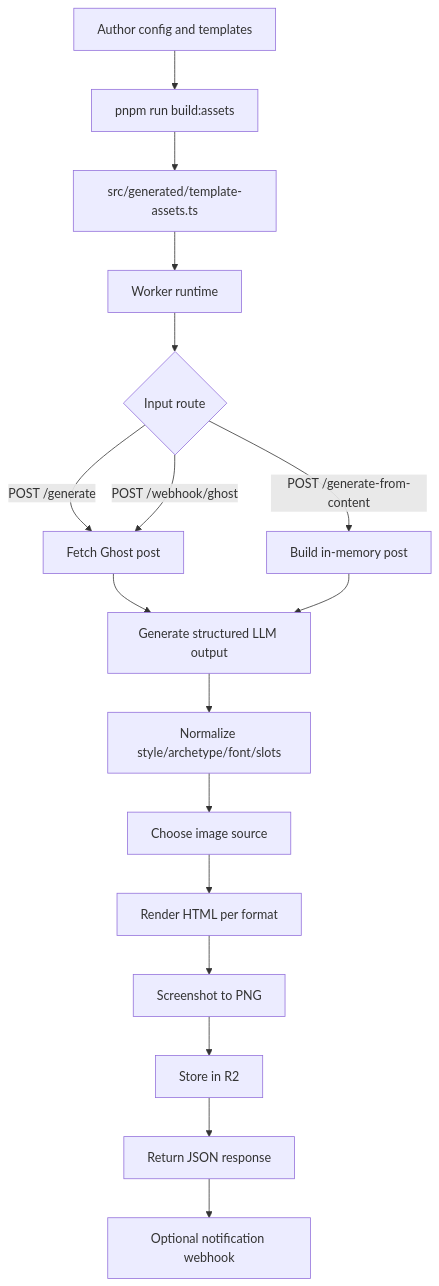
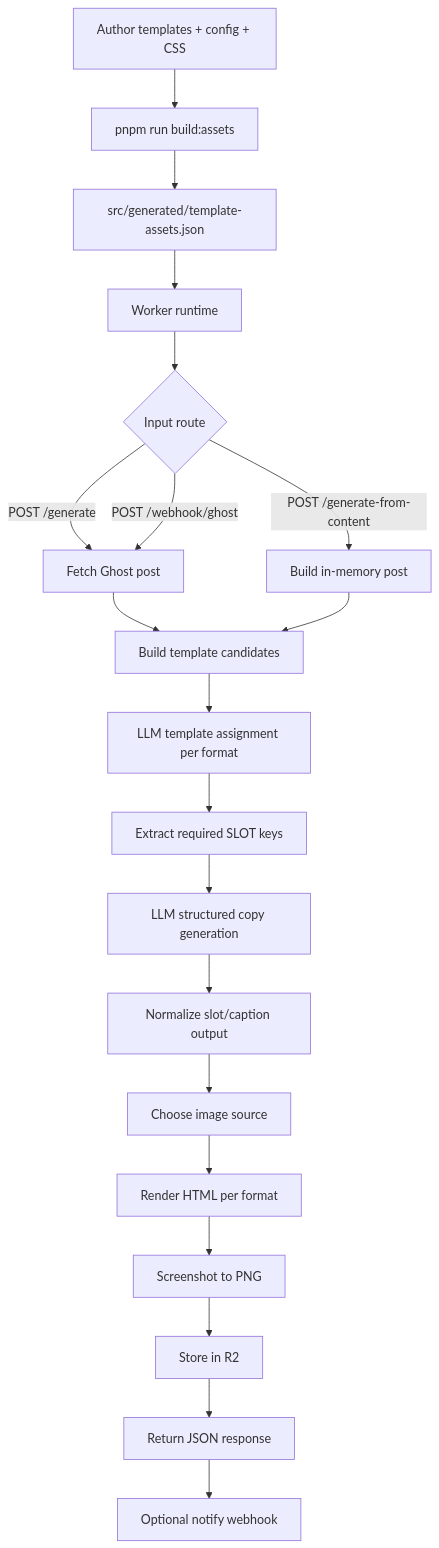
One commit to sapienskid/tasbir changed the diagram in docs/architecture.md. Above: the diagram before and after it, drawn with Mermaid. The commit also changed other lines of this file and 2 other files, not shown here.

Commit message:
docs: refresh onboarding and architecture guides

````diff
--- a/docs/architecture.md
+++ b/docs/architecture.md
@@ -7,22 +7,25 @@
 ```mermaid
 flowchart TD
-    A[Author config and templates] --> B[pnpm run build:assets]
-    B --> C[src/generated/template-assets.ts]
+    A[Author templates + config + CSS] --> B[pnpm run build:assets]
+    B --> C[src/generated/template-assets.json]
     C --> D[Worker runtime]
 
     D --> E{Input route}
     E -->|POST /generate| F[Fetch Ghost post]
     E -->|POST /generate-from-content| G[Build in-memory post]
     E -->|POST /webhook/ghost| F
 
-    F --> H[Generate structured LLM output]
+    F --> H[Build template candidates]
     G --> H
 
-    H --> I[Normalize style/archetype/font/slots]
-    I --> J[Choose image source]
-    J --> K[Render HTML per format]
-    K --> L[Screenshot to PNG]
-    L --> M[Store in R2]
-    M --> N[Return JSON response]
-    N --> O[Optional notification webhook]
+    H --> I[LLM template assignment per format]
+    I --> J[Extract required SLOT keys]
+    J --> K[LLM structured copy generation]
+    K --> L[Normalize slot/caption output]
+    L --> M[Choose image source]
+    M --> N[Render HTML per format]
+    N --> O[Screenshot to PNG]
+    O --> P[Store in R2]
+    P --> Q[Return JSON response]
+    Q --> R[Optional notify webhook]
 ```
````
